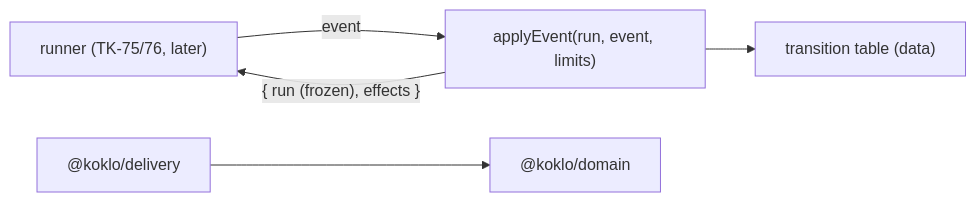
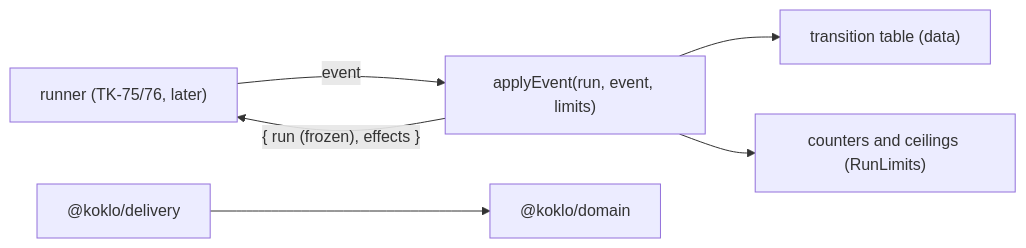
The fifth of 44 diagrams in docs/architecture.md (koklo-dev/koklo), drawn with Mermaid before and after one commit. The commit also changed other lines of this file and 5 other files, not shown here.

Commit message:
feat(delivery): add the run counters, limits and resume

````diff
--- a/docs/architecture.md
+++ b/docs/architecture.md
@@ -135,7 +136,8 @@
 ```mermaid
 flowchart LR
   runner["runner (TK-75/76, later)"] -- "event" --> apply["applyEvent(run, event, limits)"]
   apply --> table["transition table (data)"]
+  apply --> counters["counters and ceilings (RunLimits)"]
   apply -- "{ run (frozen), effects }" --> runner
   delivery["@koklo/delivery"] --> domain["@koklo/domain"]
 ```
````
